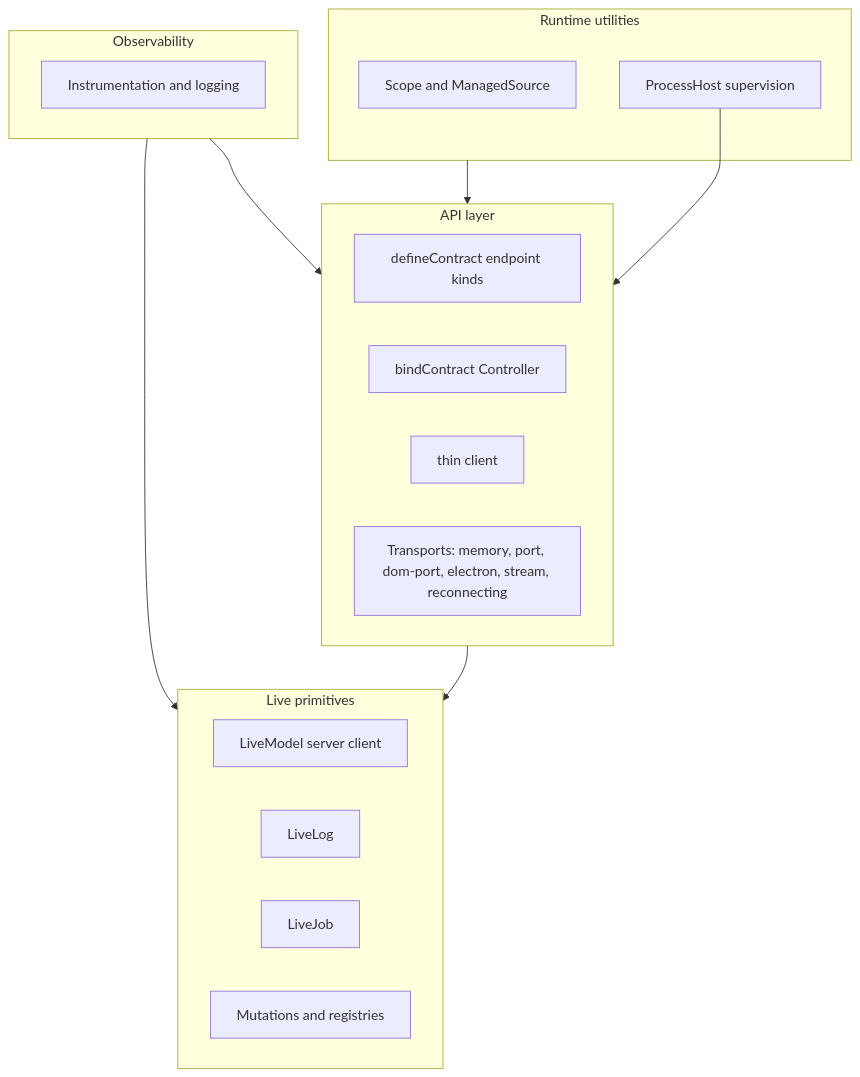
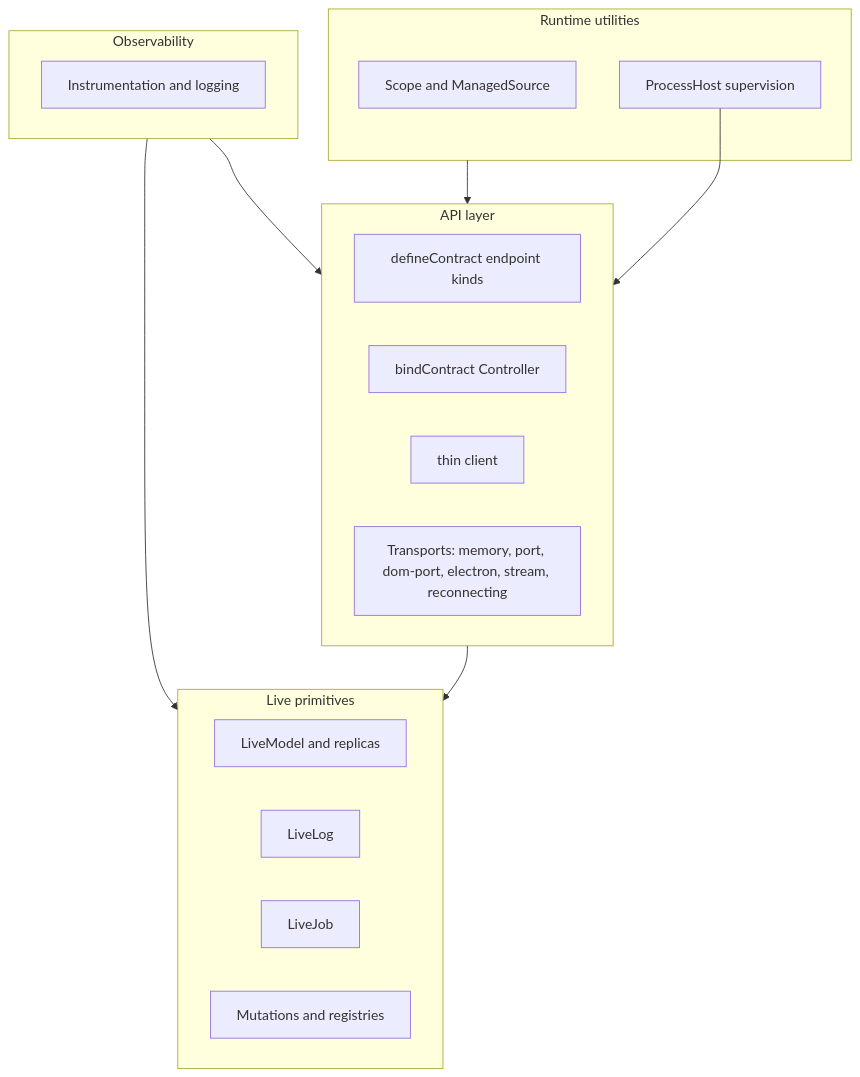
Before and after one commit to luisKisters/emdash: the diagram in packages/wire/docs/README.md, drawn with Mermaid. The commit also changed other lines of this file and 6 other files, not shown here.

````diff
--- a/packages/wire/docs/README.md
+++ b/packages/wire/docs/README.md
@@ -9,26 +9,26 @@
 ```mermaid
 flowchart TB
   subgraph runtime [Runtime utilities]
     scope[Scope and ManagedSource]
     processHost[ProcessHost supervision]
   end
   subgraph api [API layer]
     contracts[defineContract endpoint kinds]
     bind[bindContract Controller]
     client[thin client]
     transports[Transports: memory, port, dom-port, electron, stream, reconnecting]
   end
   subgraph live [Live primitives]
-    model[LiveModel server client]
+    model[LiveModel and replicas]
     log[LiveLog]
     job[LiveJob]
     mutations[Mutations and registries]
   end
   subgraph observability [Observability]
     instrumentation[Instrumentation and logging]
   end
   runtime --> api --> live
   observability --> api
   observability --> live
   processHost --> api
 ```
````
